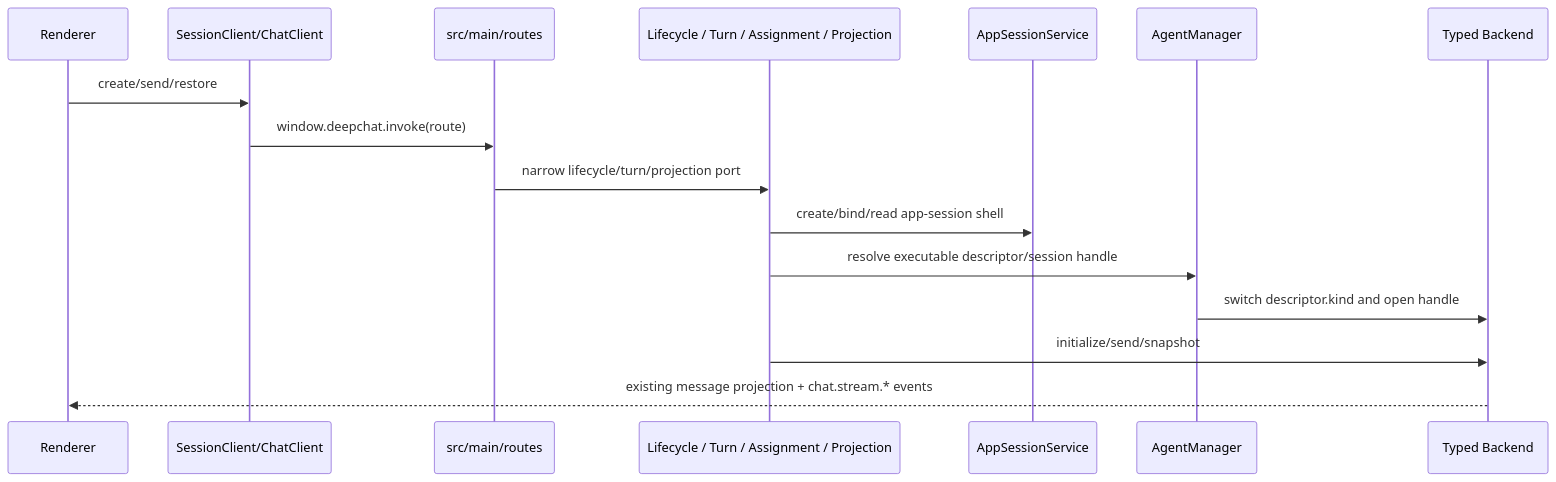
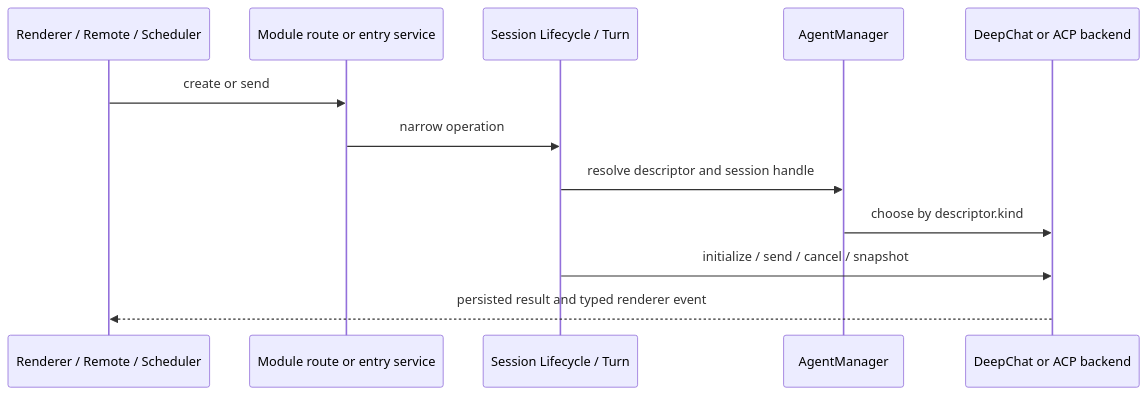
The second of 8 diagrams in docs/FLOWS.md (zerob13/deepchat), drawn with Mermaid before and after one commit. The commit also changed other lines of this file and 1922 other files, not shown here.

First line of the commit message:
refactor(main): realign process architecture (#1987)

````diff
--- a/docs/FLOWS.md
+++ b/docs/FLOWS.md
@@ -8,19 +36,15 @@
 ```mermaid
 sequenceDiagram
-    participant R as Renderer
-    participant C as SessionClient/ChatClient
-    participant Route as src/main/routes
-    participant App as Lifecycle / Turn / Assignment / Projection
-    participant S as AppSessionService
-    participant M as AgentManager
-    participant B as Typed Backend
+    participant R as Renderer / Remote / Scheduler
+    participant Route as Module route or entry service
+    participant Session as Session Lifecycle / Turn
+    participant Manager as AgentManager
+    participant Backend as DeepChat or ACP backend
 
-    R->>C: create/send/restore
-    C->>Route: window.deepchat.invoke(route)
-    Route->>App: narrow lifecycle/turn/projection port
-    App->>S: create/bind/read app-session shell
-    App->>M: resolve executable descriptor/session handle
-    M->>B: switch descriptor.kind and open handle
-    App->>B: initialize/send/snapshot
-    B-->>R: existing message projection + chat.stream.* events
+    R->>Route: create or send
+    Route->>Session: narrow operation
+    Session->>Manager: resolve descriptor and session handle
+    Manager->>Backend: choose by descriptor.kind
+    Session->>Backend: initialize / send / cancel / snapshot
+    Backend-->>R: persisted result and typed renderer event
 ```
````
